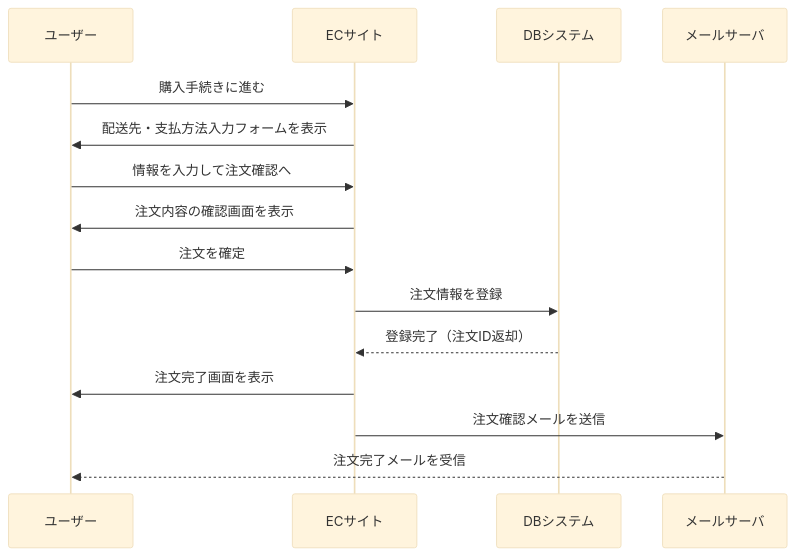
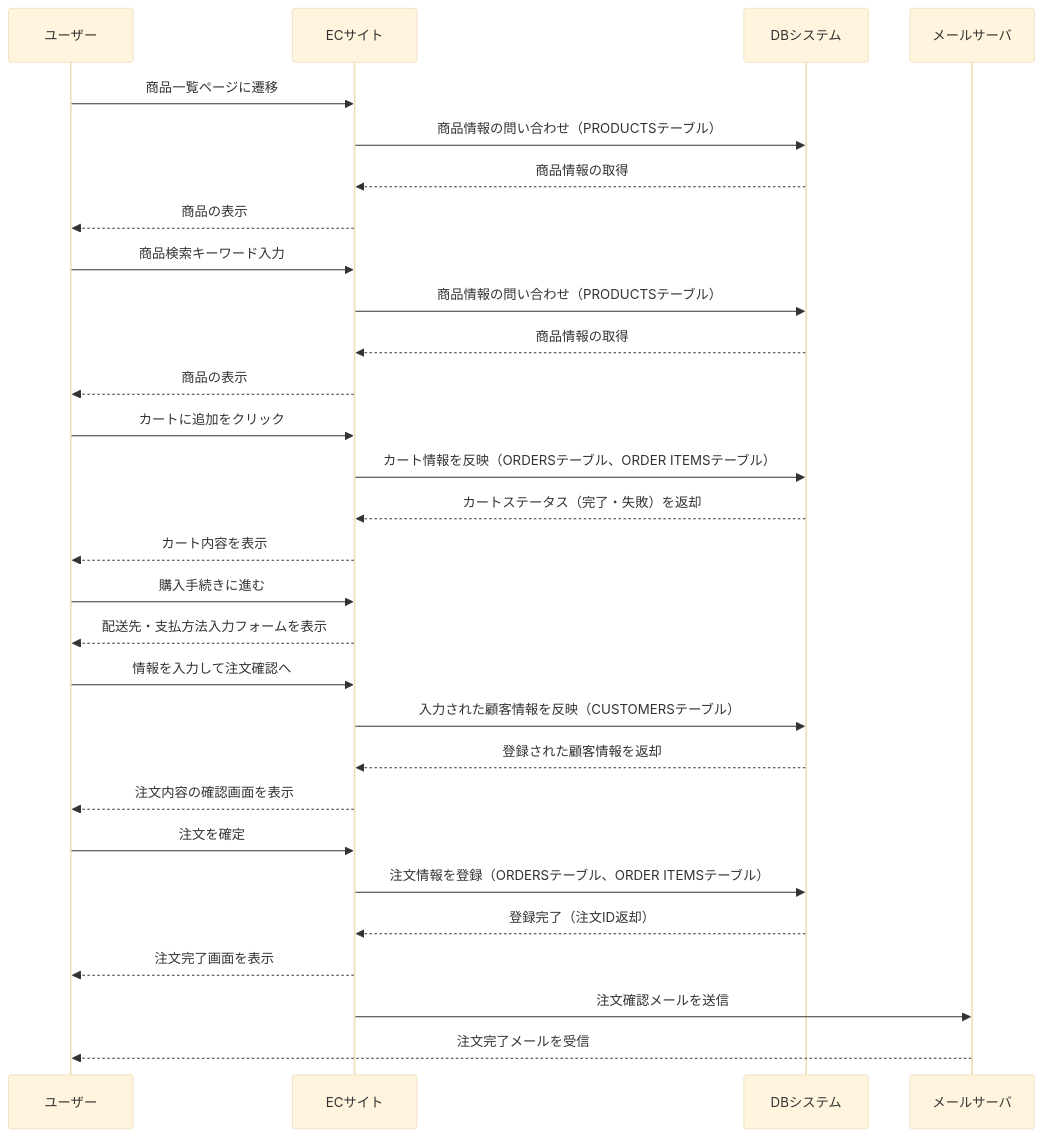
One commit to Aoi-Yaegashi/teamF changed the second of 3 diagrams in 基本設計/3. 機能構成図.md. Above: the diagram before and after it, drawn with Mermaid (base theme). The commit also changed other lines of this file, not shown here.

Commit message:
指摘修正①（まだ全部は終わってないです）

````diff
--- a/基本設計/3. 機能構成図.md
+++ b/基本設計/3. 機能構成図.md
@@ -108,20 +108,43 @@
 ```mermaid
 
 sequenceDiagram
   participant A as ユーザー
   participant B as ECサイト
   participant C as DBシステム
   participant D as メールサーバ
 
+%% 商品の一覧表示
+　A ->> B: 商品一覧ページに遷移
+　B ->> C: 商品情報の問い合わせ（PRODUCTSテーブル）
+　C -->> B: 商品情報の取得　
+　B -->> A: 商品の表示
+
+%% 商品検索
+  A ->> B: 商品検索キーワード入力
+　B ->> C: 商品情報の問い合わせ（PRODUCTSテーブル）
+　C -->> B: 商品情報の取得　
+　B -->> A: 商品の表示
+
+%% カートに追加
+　A ->> B: カートに追加をクリック
+　B ->> C: カート情報を反映（ORDERSテーブル、ORDER ITEMSテーブル）
+　C -->> B: カートステータス（完了・失敗）を返却
+　B -->> A: カート内容を表示
+
+%% 購入手続き
   A ->> B: 購入手続きに進む
-  B ->> A: 配送先・支払方法入力フォームを表示
+  B -->> A: 配送先・支払方法入力フォームを表示
   A ->> B: 情報を入力して注文確認へ
-  B ->> A: 注文内容の確認画面を表示
+  B ->> C: 入力された顧客情報を反映（CUSTOMERSテーブル）
+  C -->> B: 登録された顧客情報を返却
+  B -->> A: 注文内容の確認画面を表示
+
+%% 注文確定処理
   A ->> B: 注文を確定
-  B ->> C: 注文情報を登録
+  B ->> C: 注文情報を登録（ORDERSテーブル、ORDER ITEMSテーブル）
   C -->> B: 登録完了（注文ID返却）
-  B ->> A: 注文完了画面を表示
+  B -->> A: 注文完了画面を表示
   B ->> D: 注文確認メールを送信
   D -->> A: 注文完了メールを受信
 
 ```
````
